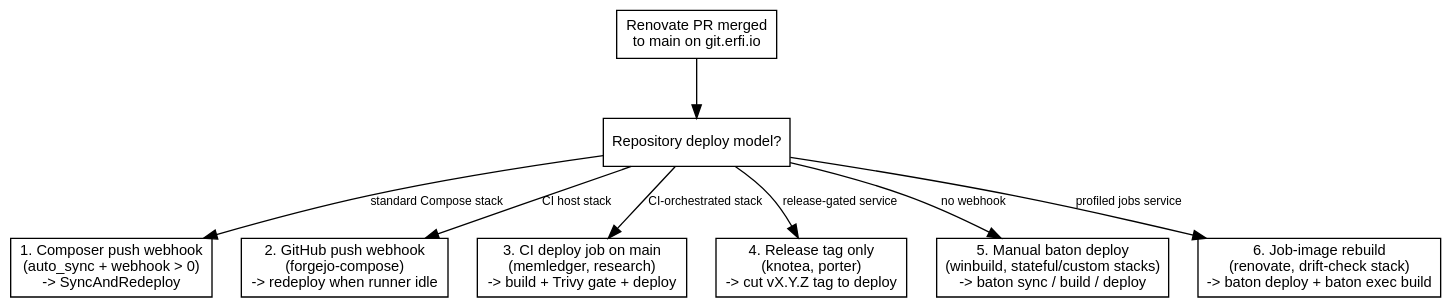
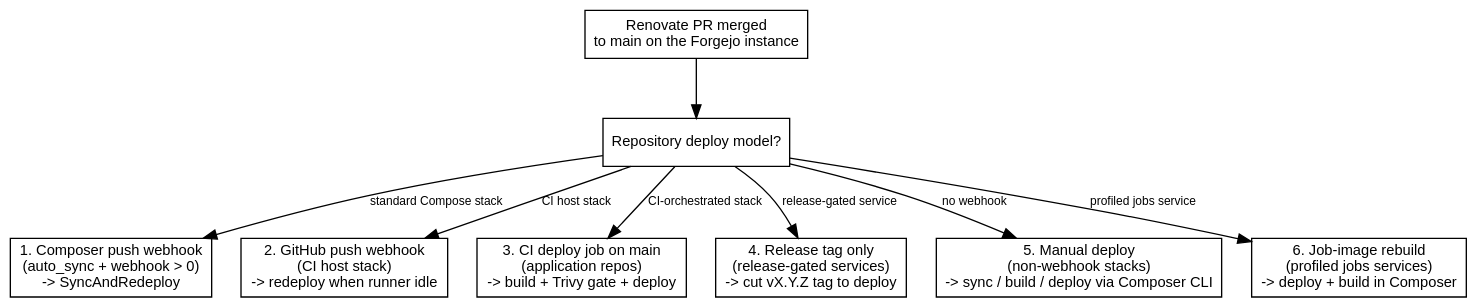
Before and after one commit to erfianugrah/lexicanum: the second of 2 diagrams in src/content/docs/reference/self-hosted-renovate-forgejo.mdx, drawn with Graphviz. The commit also changed other lines of this file and 1 other file, not shown here.

First line of the commit message:
docs(forge): generalise the Renovate and vigil pages

````diff
--- a/src/content/docs/reference/self-hosted-renovate-forgejo.mdx
+++ b/src/content/docs/reference/self-hosted-renovate-forgejo.mdx
@@ -175,25 +175,25 @@
 ```dot
 digraph {
   rankdir=TB; bgcolor="transparent"; nodesep=0.3; ranksep=0.6;
   fontname="Helvetica,Arial,sans-serif";
   node [fontname="Helvetica,Arial,sans-serif", fontsize=11, shape=box];
   edge [fontname="Helvetica,Arial,sans-serif", fontsize=9];
 
-  merge [label="Renovate PR merged\nto main on git.erfi.io"];
+  merge [label="Renovate PR merged\nto main on the Forgejo instance"];
   kind [label="Repository deploy model?"];
   webhook [label="1. Composer push webhook\n(auto_sync + webhook > 0)\n-> SyncAndRedeploy"];
-  ghhook [label="2. GitHub push webhook\n(forgejo-compose)\n-> redeploy when runner idle"];
-  cijob [label="3. CI deploy job on main\n(memledger, research)\n-> build + Trivy gate + deploy"];
-  reltag [label="4. Release tag only\n(knotea, porter)\n-> cut vX.Y.Z tag to deploy"];
-  manual [label="5. Manual baton deploy\n(winbuild, stateful/custom stacks)\n-> baton sync / build / deploy"];
-  jobimg [label="6. Job-image rebuild\n(renovate, drift-check stack)\n-> baton deploy + baton exec build"];
+  ghhook [label="2. GitHub push webhook\n(CI host stack)\n-> redeploy when runner idle"];
+  cijob [label="3. CI deploy job on main\n(application repos)\n-> build + Trivy gate + deploy"];
+  reltag [label="4. Release tag only\n(release-gated services)\n-> cut vX.Y.Z tag to deploy"];
+  manual [label="5. Manual deploy\n(non-webhook stacks)\n-> sync / build / deploy via Composer CLI"];
+  jobimg [label="6. Job-image rebuild\n(profiled jobs services)\n-> deploy + build in Composer"];
 
   merge -> kind;
   kind -> webhook [label="standard Compose stack"];
   kind -> ghhook [label="CI host stack"];
   kind -> cijob [label="CI-orchestrated stack"];
   kind -> reltag [label="release-gated service"];
   kind -> manual [label="no webhook"];
   kind -> jobimg [label="profiled jobs service"];
 }
 ```
````
